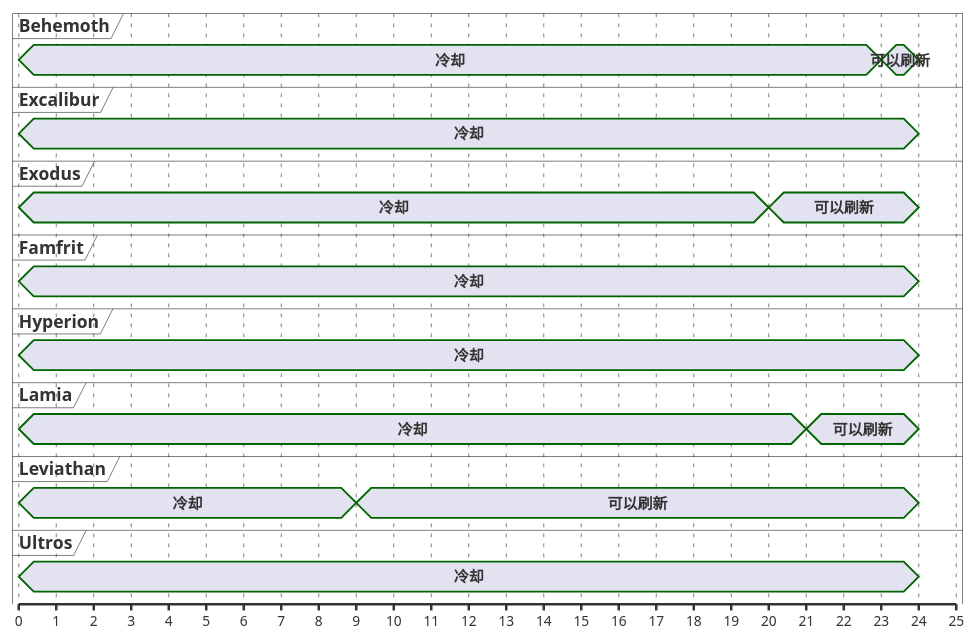
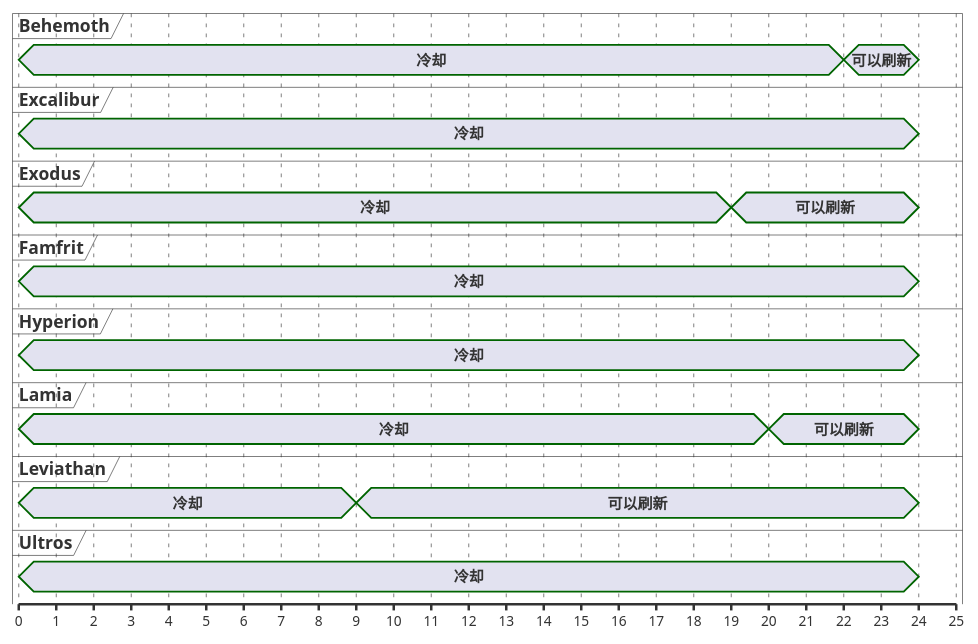
One commit to Eroleice/doc-pi changed the ninth of 13 diagrams in ffxiv/hunt/6.0/Armstrong.md. Above: the diagram before and after it, drawn with PlantUML. The commit also changed other lines of this file and 38 other files, not shown here.

````diff
--- a/ffxiv/hunt/6.0/Armstrong.md
+++ b/ffxiv/hunt/6.0/Armstrong.md
@@ -697,51 +699,51 @@
 ```plantuml
 @startuml
 scale 1 as 30 pixels
 
 concise Behemoth
 concise Excalibur
 concise Exodus
 concise Famfrit
 concise Hyperion
 concise Lamia
 concise Leviathan
 concise Ultros
 
 @Leviathan
 0 is 冷却
 9 is 可以刷新
 24 is {hidden}
 
 @Exodus
 0 is 冷却
-20 is 可以刷新
+19 is 可以刷新
 24 is {hidden}
 
 @Lamia
 0 is 冷却
-21 is 可以刷新
+20 is 可以刷新
 24 is {hidden}
 
 @Behemoth
 0 is 冷却
-23 is 可以刷新
+22 is 可以刷新
 24 is {hidden}
 
 @Hyperion
 0 is 冷却
 24 is {hidden}
 
 @Ultros
 0 is 冷却
 24 is {hidden}
 
 @Famfrit
 0 is 冷却
 24 is {hidden}
 
 @Excalibur
 0 is 冷却
 24 is {hidden}
 
 @enduml
 ```
````
